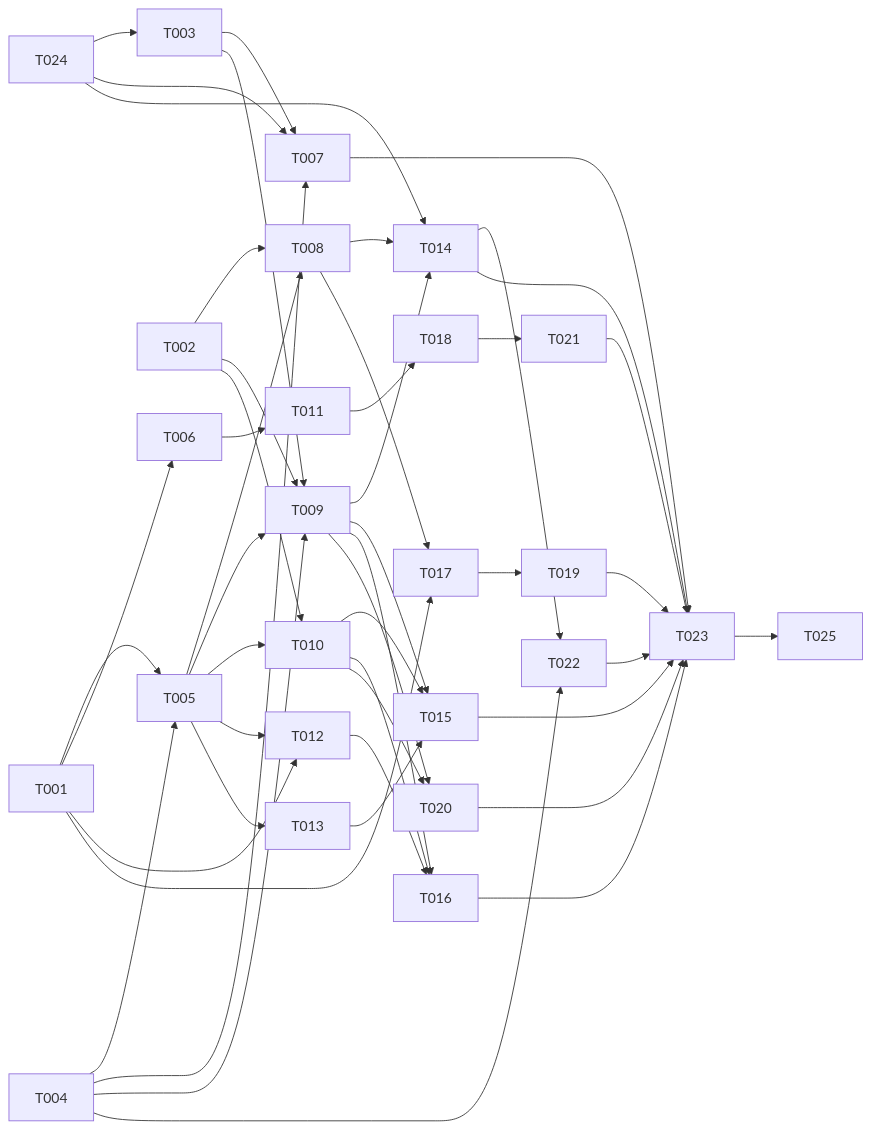
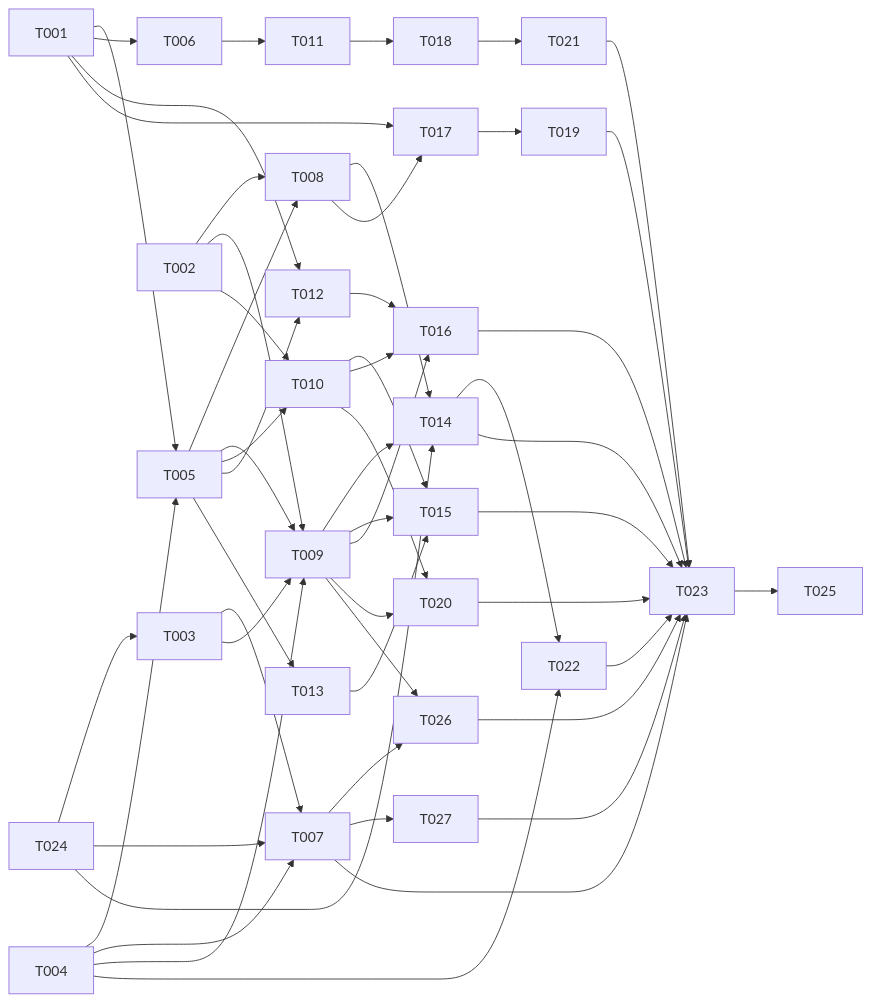
One commit to tdduydev/xdev-hive changed the diagram in specs/019-word-import/tasks.md. Above: the diagram before and after it, drawn with Mermaid. The commit also changed other lines of this file, not shown here.

````diff
--- a/specs/019-word-import/tasks.md
+++ b/specs/019-word-import/tasks.md
@@ -600,21 +643,23 @@
 ```mermaid
 flowchart LR
   T024 --> T003 & T007 & T014
   T001 --> T005 & T006 & T012 & T017
   T002 --> T008 & T009 & T010
   T003 --> T007 & T009
   T004 --> T005 & T007 & T009 & T022
   T005 --> T008 & T009 & T010 & T012 & T013
   T006 --> T011
   T008 --> T014 & T017
   T009 --> T014 & T015 & T016 & T020
   T010 --> T015 & T016 & T020
   T011 --> T018
   T012 --> T016
   T013 --> T015
+  T007 --> T026 & T027
+  T009 --> T026
   T017 --> T019
   T018 --> T021
   T014 --> T022
-  T007 & T014 & T015 & T016 & T019 & T020 & T021 & T022 --> T023
+  T007 & T014 & T015 & T016 & T019 & T020 & T021 & T022 & T026 & T027 --> T023
   T023 --> T025
 ```
````
